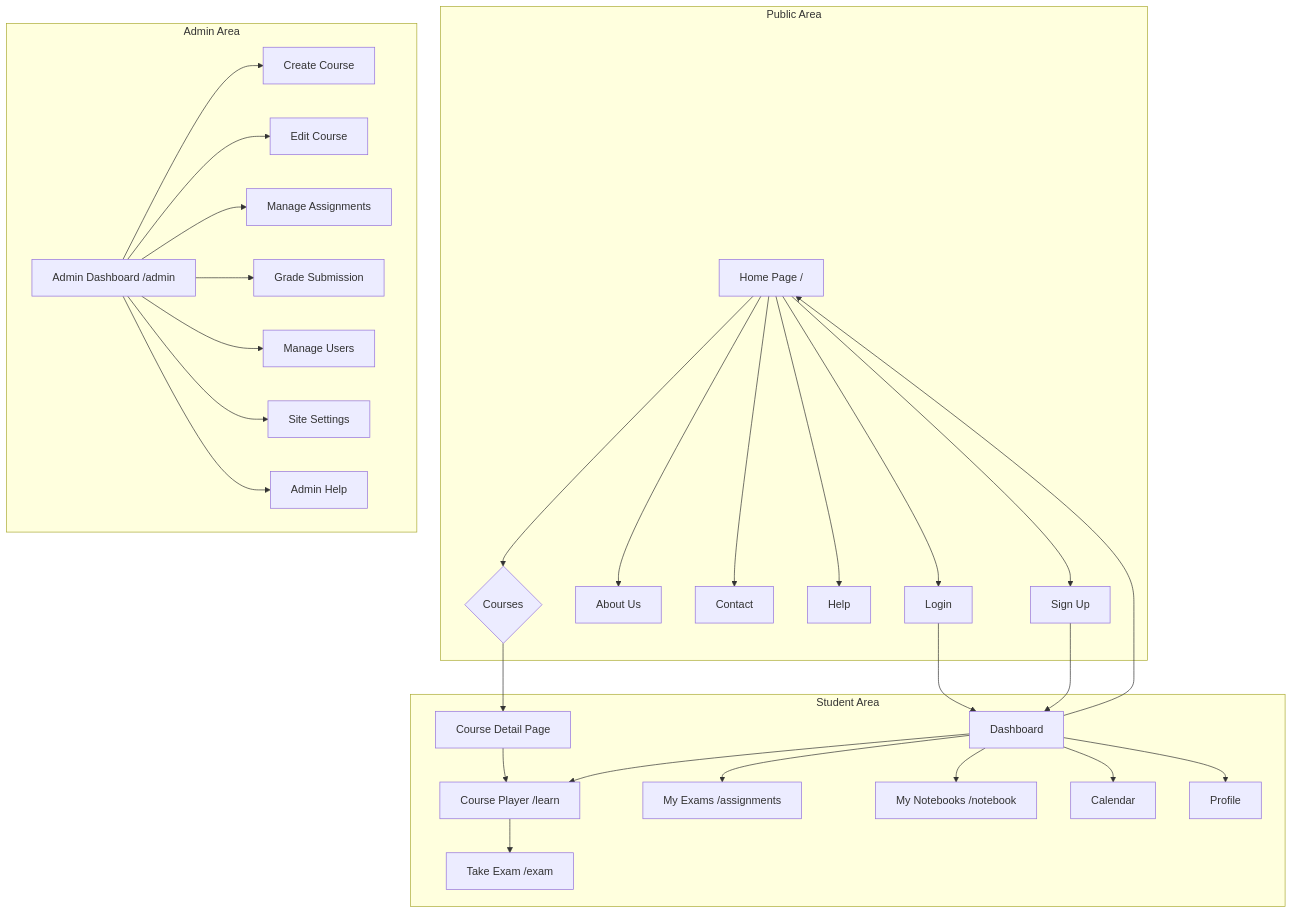
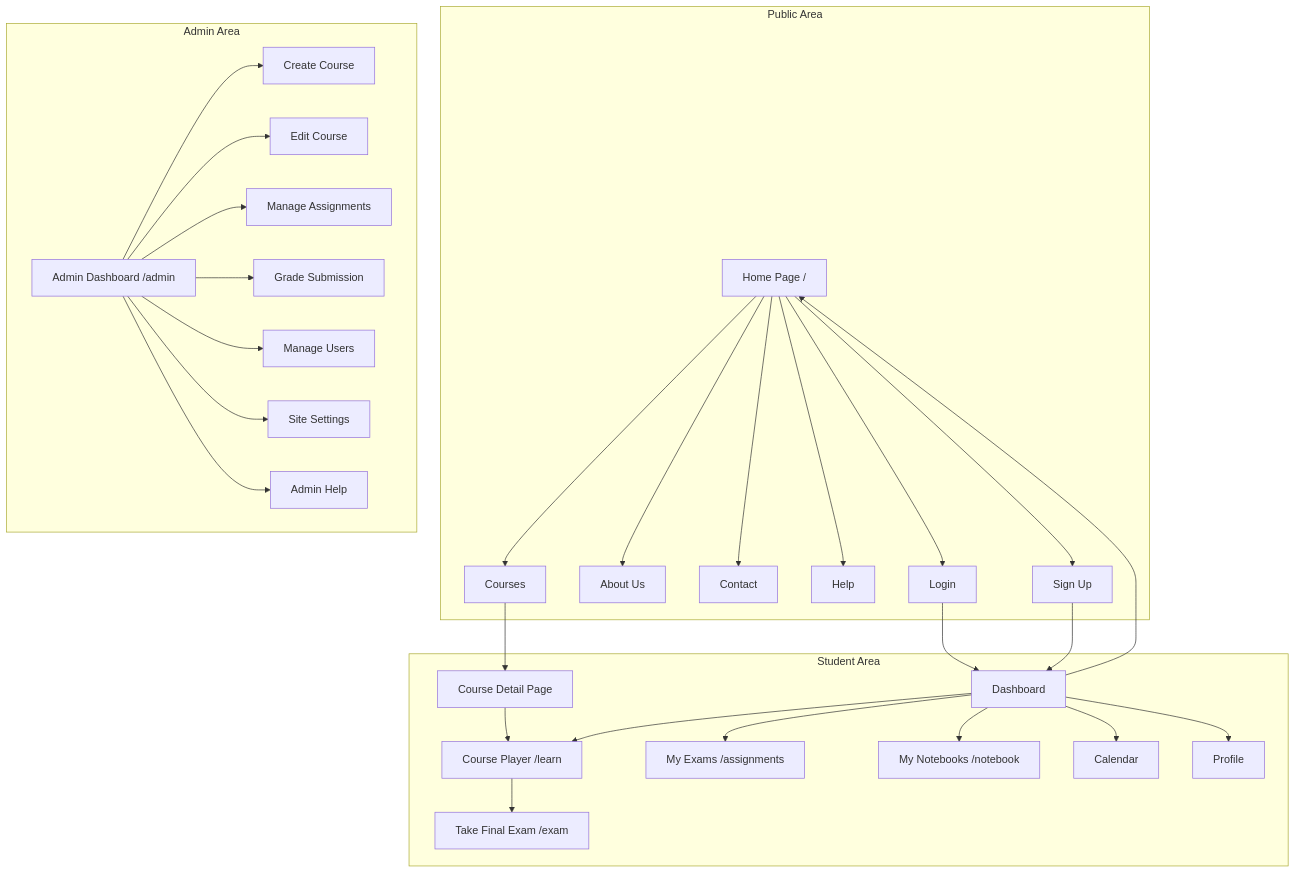
The first of 5 diagrams in VISUAL_FRAMEWORK.md (Kmaina32/Ubuntu-Academy-), drawn with Mermaid before and after one commit. The commit also changed other lines of this file, not shown here.

````diff
--- a/VISUAL_FRAMEWORK.md
+++ b/VISUAL_FRAMEWORK.md
@@ -9,36 +9,36 @@
 ```mermaid
 graph TD
     subgraph Public Area
-        A[Home Page /] --> B{Courses};
+        A[Home Page /] --> B[Courses];
         A --> C[About Us];
         A --> D[Contact];
         A --> E[Help];
         A --> F[Login];
         A --> G[Sign Up];
     end
 
     subgraph Student Area
         H[Dashboard] --> I[Course Player /learn];
         H --> J[My Exams /assignments];
         H --> K[My Notebooks /notebook];
         H --> L[Calendar];
         H --> M[Profile];
-        I --> N[Take Exam /exam];
+        I --> N[Take Final Exam /exam];
         B --> O[Course Detail Page];
         O --> I;
     end
     
     subgraph Admin Area
         P[Admin Dashboard /admin] --> Q[Create Course];
         P --> R[Edit Course];
         P --> S[Manage Assignments];
         P --> T[Grade Submission];
         P --> U[Manage Users];
         P --> V[Site Settings];
         P --> W[Admin Help];
     end
 
     F --> H;
     G --> H;
     H --> A;
 ```
````
